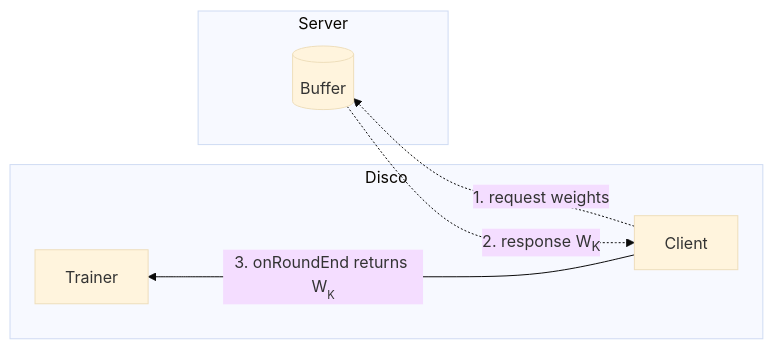
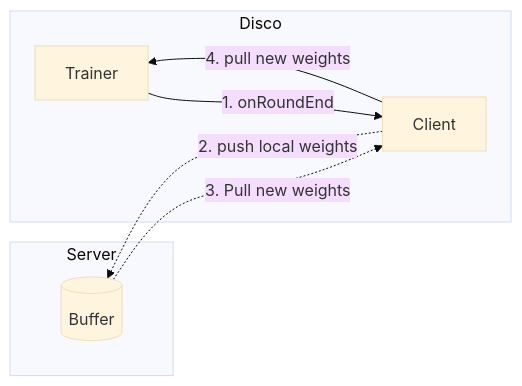
One commit to epfml/disco changed the third of 4 diagrams in docs/DISCOJS.md. Above: the diagram before and after it, drawn with Mermaid (base theme). The commit also changed other lines of this file, not shown here.

````diff
--- a/docs/DISCOJS.md
+++ b/docs/DISCOJS.md
@@ -175,11 +157,12 @@
 ```mermaid
 flowchart RL
-    Client-.->|1. request weights|S
-    S-.->|2. response W<sub>K</sub>|Client
     subgraph Disco
-        Client ---> |3. onRoundEnd returns W<sub><sub>K</sub></sub>|Trainer
+        Client-->|4. pull new weights|Trainer
+        Trainer-->|1. onRoundEnd|Client 
     end
     subgraph Server
         S[(Buffer)]
     end
-```   
+    Client-.->|2. push local weights|S
+    S-.->|3. Pull new weights|Client
+```
````
